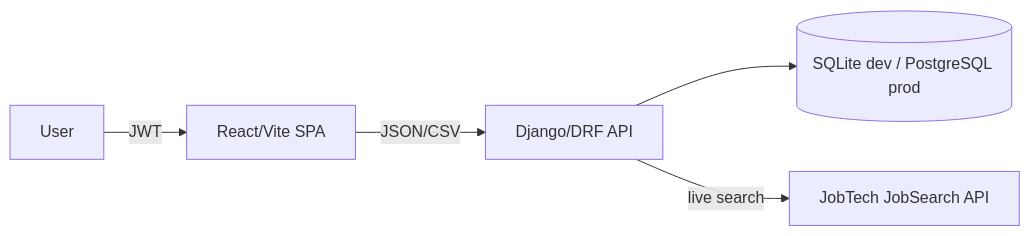
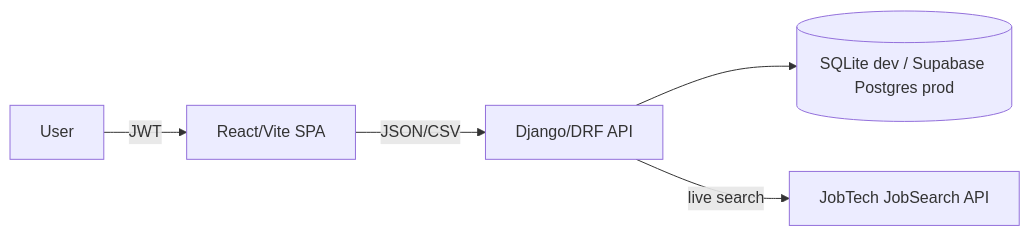
The diagram in docs/02-architecture.md (OscarBackman92/af-jobbansokan-api), drawn with Mermaid before and after one commit. The commit also changed other lines of this file and 9 other files, not shown here.

````diff
--- a/docs/02-architecture.md
+++ b/docs/02-architecture.md
@@ -3,7 +3,7 @@
 ```mermaid
 flowchart LR
     U[User] -- JWT --> SPA[React/Vite SPA]
     SPA -- JSON/CSV --> API[Django/DRF API]
-    API --> DB[(SQLite dev / PostgreSQL prod)]
+    API --> DB[(SQLite dev / Supabase Postgres prod)]
     API -- live search --> JT[JobTech JobSearch API]
 ```
````
